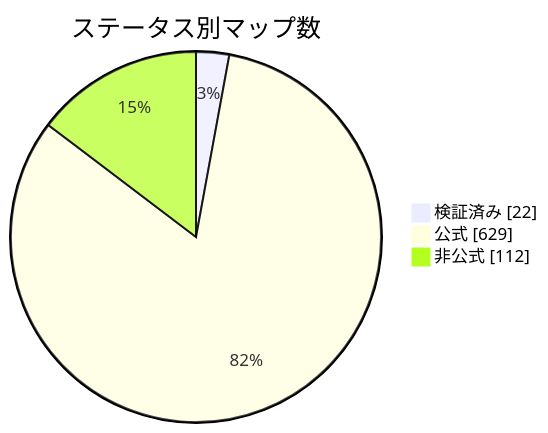
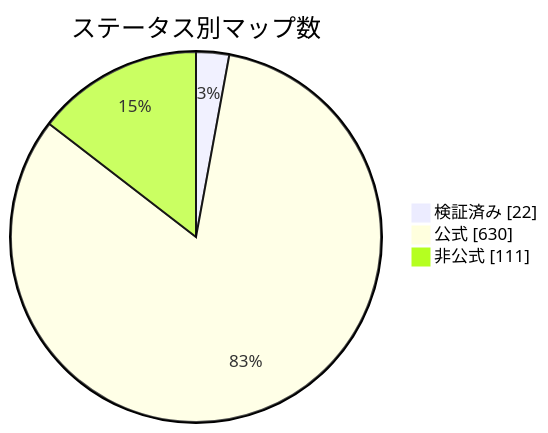
Before and after one commit to nobrega8/mbmap-library: the diagram in docs/readme/README_JP.md, drawn with Mermaid. The commit also changed 6 other files, not shown here.

````diff
--- a/docs/readme/README_JP.md
+++ b/docs/readme/README_JP.md
@@ -54,7 +54,7 @@
 ```mermaid
 pie showData
     title ステータス別マップ数
     "検証済み" : 22
-    "公式" : 629
-    "非公式" : 112
+    "公式" : 630
+    "非公式" : 111
 ```
````
